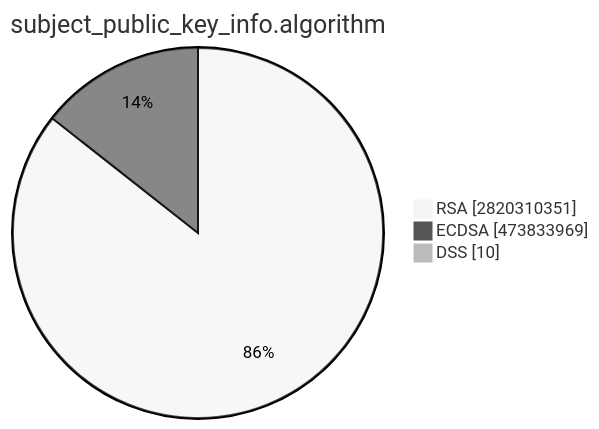
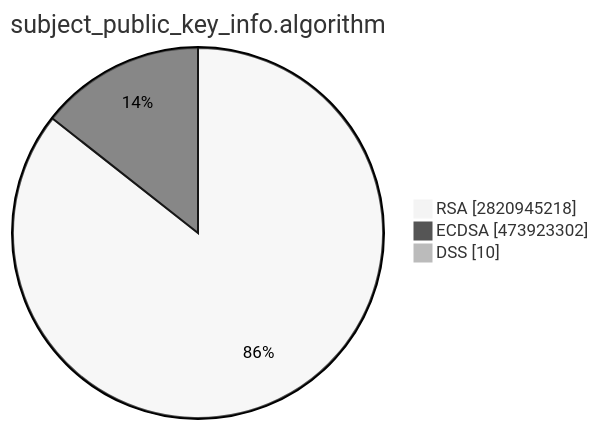
Before and after one commit to christiankrug/ctmonitor_visualization: the second of 15 diagrams in TOTAL/README.md, drawn with Mermaid (neutral theme). The commit also changed other lines of this file, not shown here.

````diff
--- a/TOTAL/README.md
+++ b/TOTAL/README.md
@@ -6,7 +6,7 @@
 ```mermaid
 pie showData
 title subject_public_key_info.algorithm
-"RSA" :2820310351
-"ECDSA" :473833969
+"RSA" :2820945218
+"ECDSA" :473923302
 "DSS" :10
 ```
````
